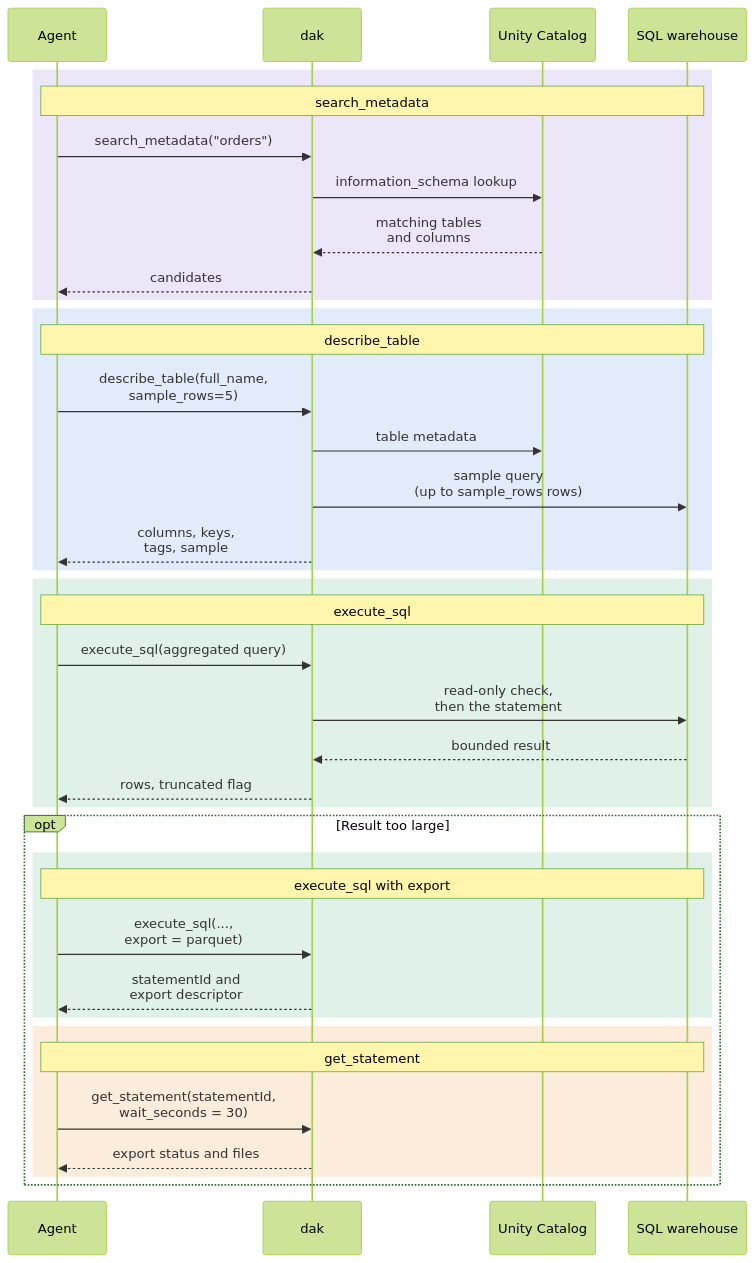
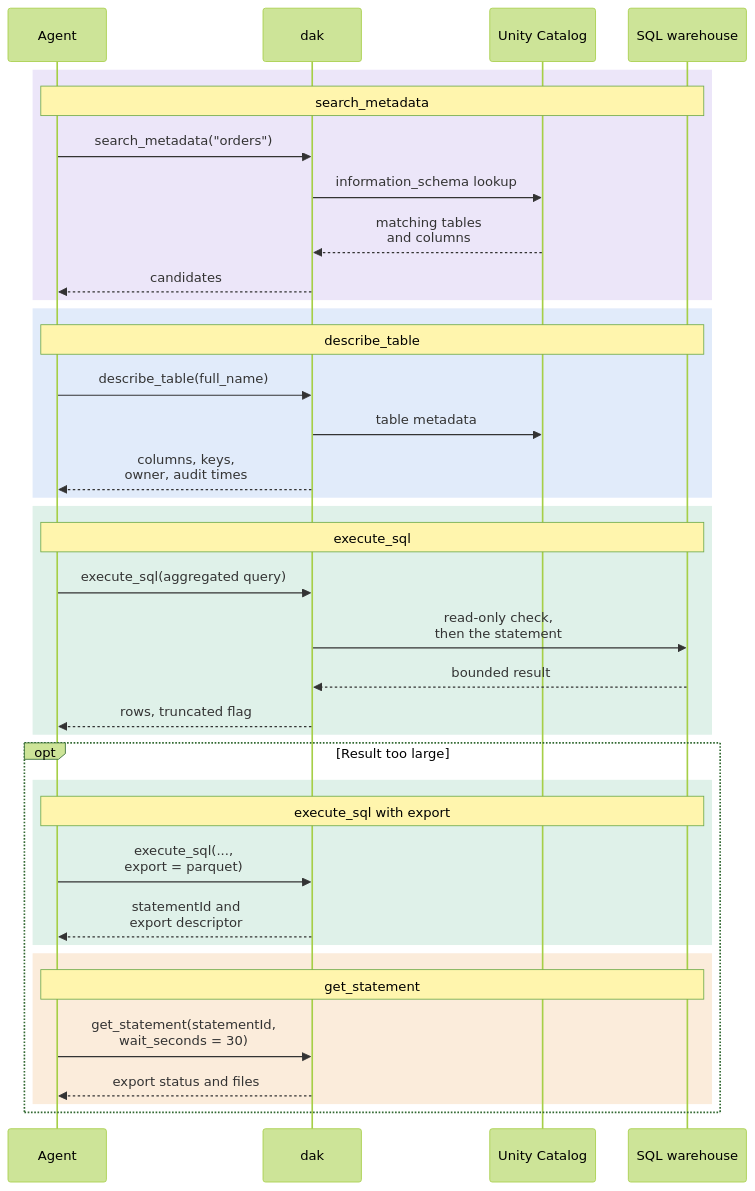
The diagram in docs/guide/tools.md (alexmarco/databricks-agent-kit), drawn with Mermaid (forest theme) before and after one commit. The commit also changed other lines of this file and 16 other files, not shown here.

````diff
--- a/docs/guide/tools.md
+++ b/docs/guide/tools.md
@@ -18,51 +18,50 @@
 ```mermaid
 ---
 config:
   sequence:
     width: 120
     actorMargin: 40
     noteMargin: 8
 ---
 sequenceDiagram
   participant A as Agent
   participant D as dak
   participant U as Unity Catalog
   participant W as SQL warehouse
 
   rect rgba(122, 79, 214, 0.14)
     Note over A,W: search_metadata
     A->>D: search_metadata("orders")
     D->>U: information_schema lookup
     U-->>D: matching tables<br/>and columns
     D-->>A: candidates
   end
 
   rect rgba(47, 111, 219, 0.14)
     Note over A,W: describe_table
-    A->>D: describe_table(full_name,<br/>sample_rows=5)
+    A->>D: describe_table(full_name)
     D->>U: table metadata
-    D->>W: sample query<br/>(up to sample_rows rows)
-    D-->>A: columns, keys,<br/>tags, sample
+    D-->>A: columns, keys,<br/>owner, audit times
   end
 
   rect rgba(30, 158, 98, 0.14)
     Note over A,W: execute_sql
     A->>D: execute_sql(aggregated query)
     D->>W: read-only check,<br/>then the statement
     W-->>D: bounded result
     D-->>A: rows, truncated flag
   end
 
   opt Result too large
     rect rgba(30, 158, 98, 0.14)
       Note over A,W: execute_sql with export
       A->>D: execute_sql(...,<br/>export = parquet)
       D-->>A: statementId and<br/>export descriptor
     end
     rect rgba(224, 123, 0, 0.14)
       Note over A,W: get_statement
       A->>D: get_statement(statementId,<br/>wait_seconds = 30)
       D-->>A: export status and files
     end
   end
 ```
````
